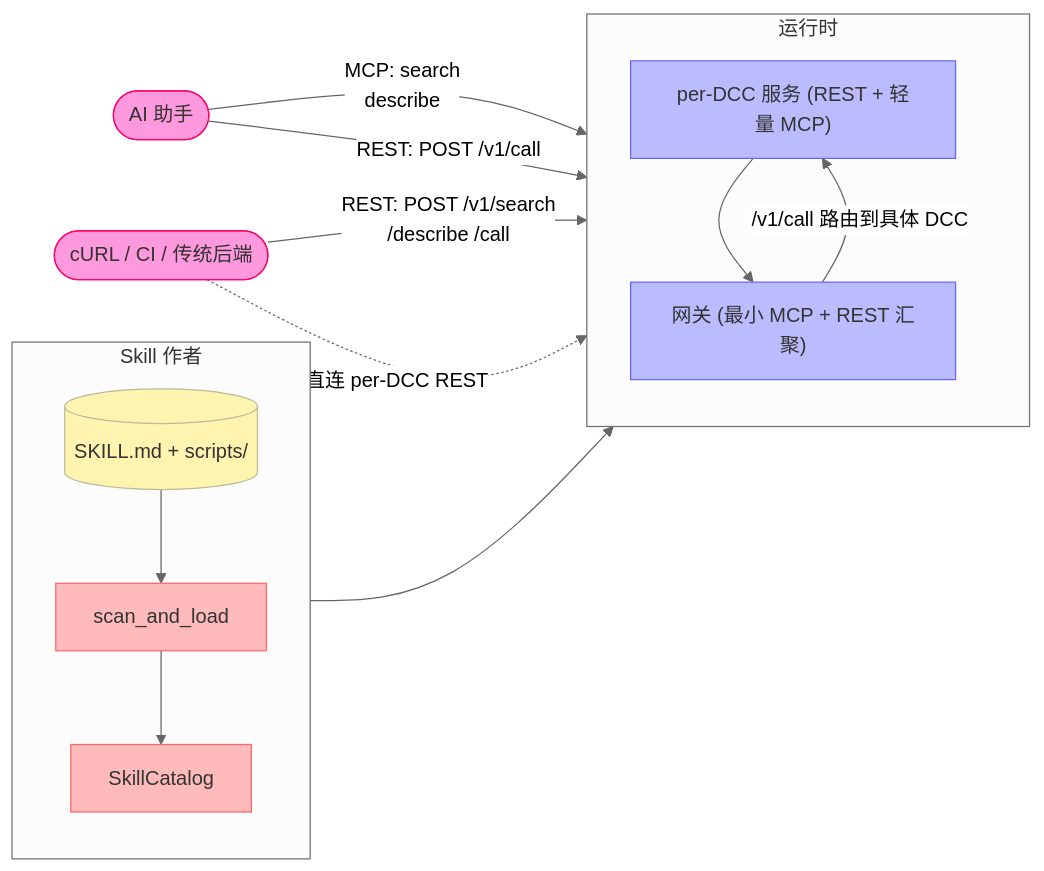
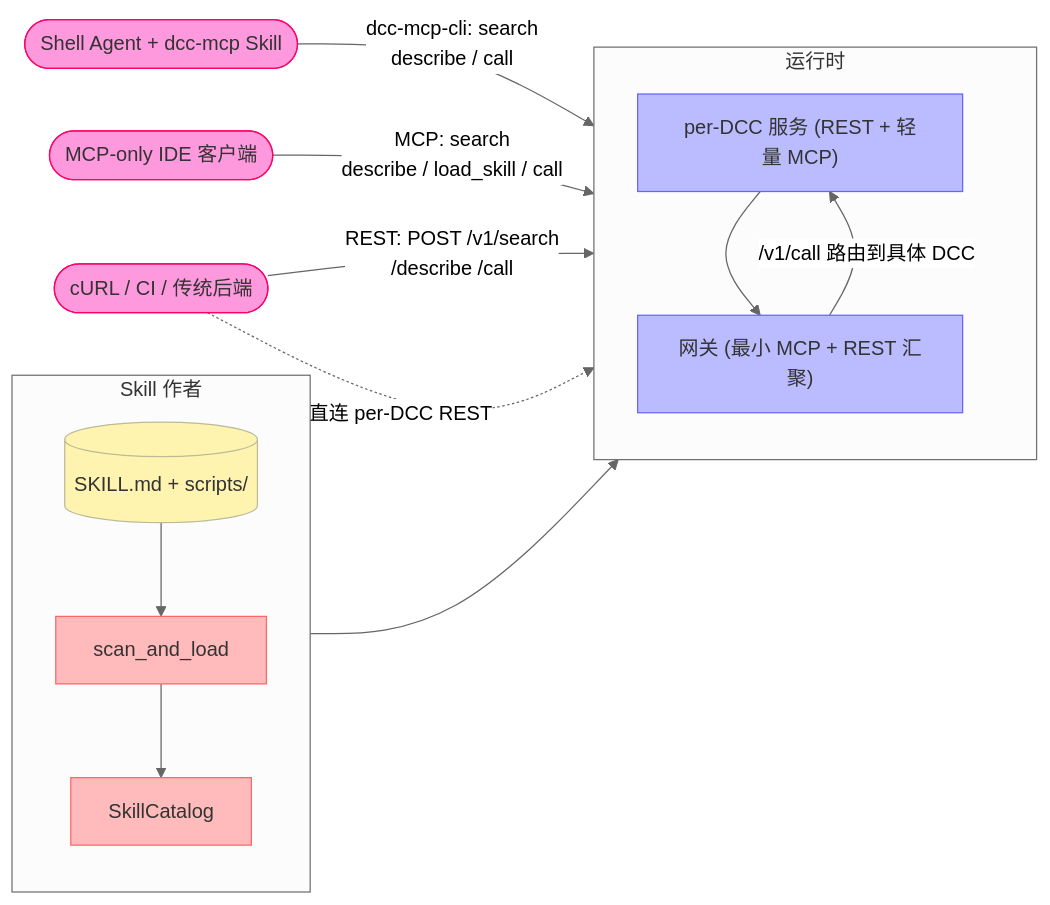
The diagram in docs/zh/guide/what-is-dcc-mcp-core.md (dcc-mcp/dcc-mcp-core), drawn with Mermaid (neutral theme) before and after one commit. The commit also changed other lines of this file and 26 other files, not shown here.

````diff
--- a/docs/zh/guide/what-is-dcc-mcp-core.md
+++ b/docs/zh/guide/what-is-dcc-mcp-core.md
@@ -14,32 +15,33 @@
 ```mermaid
 flowchart LR
     subgraph Author["Skill 作者"]
       direction TB
       SKILL[(SKILL.md + scripts/)]:::yaml
       SCAN[scan_and_load]:::rust
       CAT[SkillCatalog]:::rust
       SKILL --> SCAN --> CAT
     end
 
     subgraph Runtime["运行时"]
       direction TB
       PERDCC["per-DCC 服务 (REST + 轻量 MCP)"]:::server
       GW["网关 (最小 MCP + REST 汇聚)"]:::server
       CAT --> PERDCC
       PERDCC --> GW
     end
 
-    AGENT([AI 助手]):::client
+    AGENT([Shell Agent + dcc-mcp Skill]):::client
+    IDE([MCP-only IDE 客户端]):::client
     TRAD([cURL / CI / 传统后端]):::client
 
-    AGENT -->|MCP: search<br/>describe| GW
-    AGENT -->|REST: POST /v1/call| GW
+    AGENT -->|dcc-mcp-cli: search<br/>describe / call| GW
+    IDE -->|MCP: search<br/>describe / load_skill / call| GW
     TRAD -->|REST: POST /v1/search<br/>/describe /call| GW
     TRAD -.->|直连 per-DCC REST| PERDCC
     GW -->|/v1/call 路由到具体 DCC| PERDCC
 
     classDef yaml fill:#fff3b0,stroke:#bb9,color:#333
     classDef rust fill:#fbb,stroke:#f66,color:#333
     classDef server fill:#bbf,stroke:#66f,color:#333
     classDef client fill:#f9d,stroke:#f06,color:#333
 ```
````
